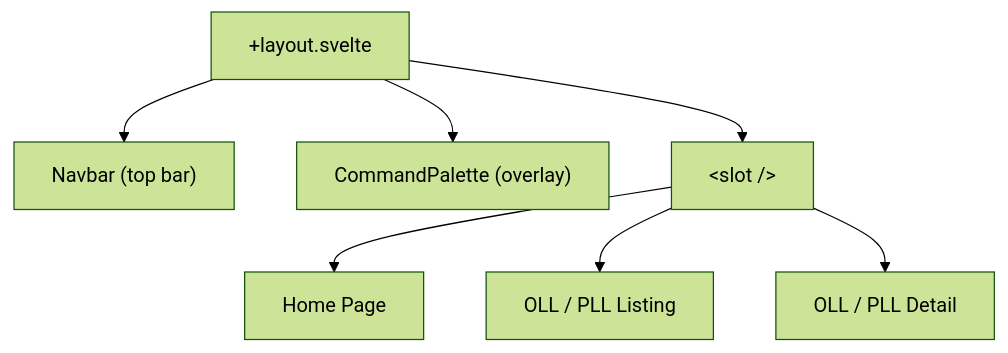
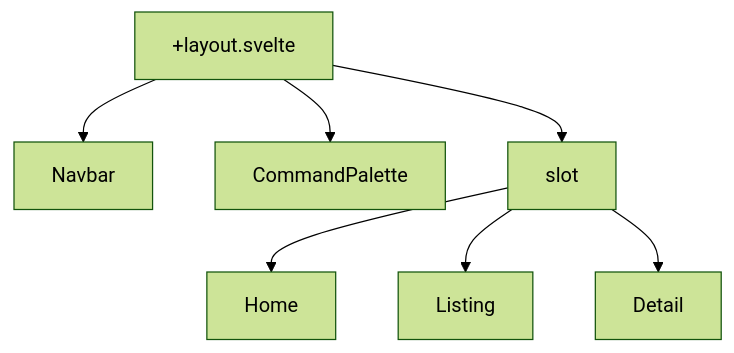
The second of 2 diagrams in docs/product/pages-and-layout.md (ajmalk/cubehill), drawn with Mermaid (forest theme) before and after one commit. The commit also changed other lines of this file and 6 other files, not shown here.

First line of the commit message:
Clean up diagrams: shorter labels, less clutter

````diff
--- a/docs/product/pages-and-layout.md
+++ b/docs/product/pages-and-layout.md
@@ -120,17 +107,5 @@
 ```mermaid
 flowchart TD
-    Layout["+layout.svelte"]
-    Navbar["Navbar (top bar)"]
-    CmdPal["CommandPalette (overlay)"]
-    Slot["&lt;slot /&gt;"]
-    Home["Home Page"]
-    Listing["OLL / PLL Listing"]
-    Detail["OLL / PLL Detail"]
-
-    Layout --> Navbar
-    Layout --> CmdPal
-    Layout --> Slot
-    Slot --> Home
-    Slot --> Listing
-    Slot --> Detail
+    Layout[+layout.svelte] --> Navbar & CmdPal[CommandPalette] & Slot[slot]
+    Slot --> Home & Listing & Detail
 ```
````
